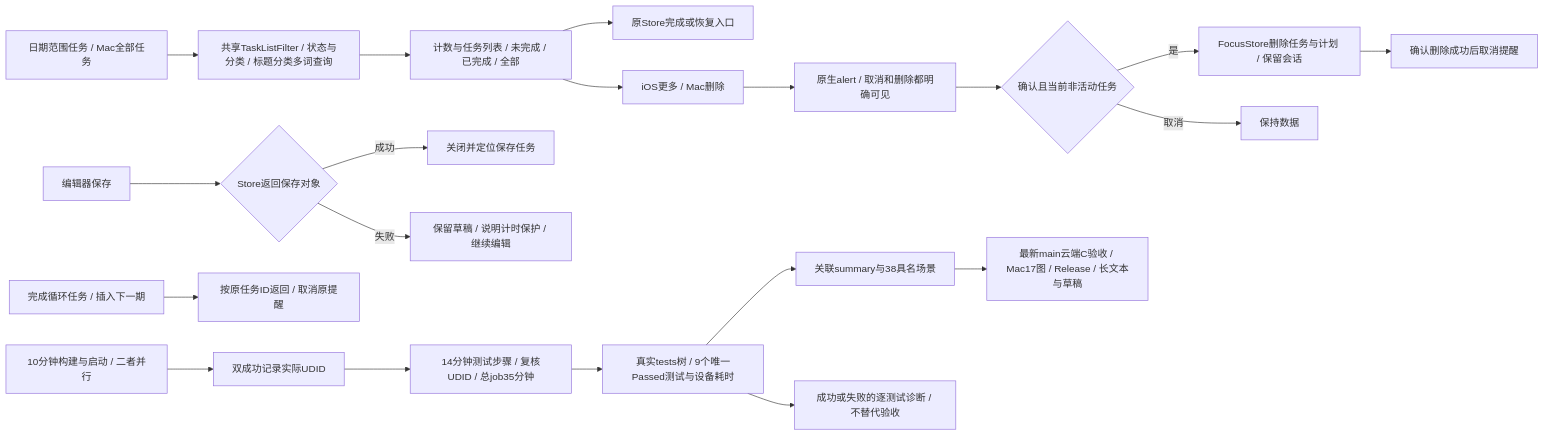
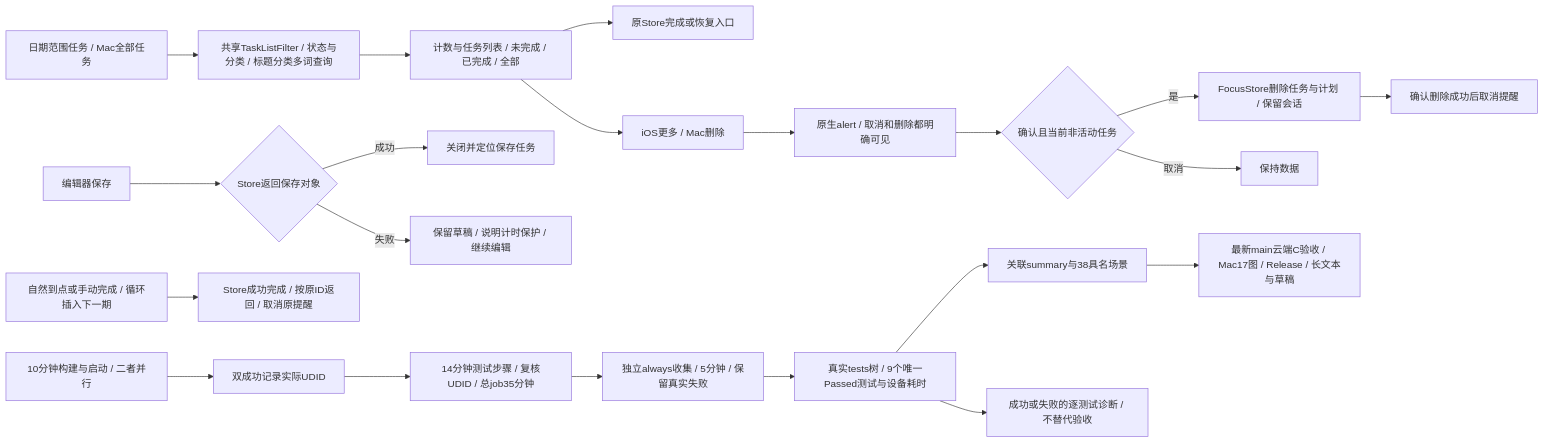
One commit to Altman-sam114/114 changed the first of 14 diagrams in md/flow/flowchart.md. Above: the diagram before and after it, drawn with Mermaid. The commit also changed 14 other files, not shown here.

````diff
--- a/md/flow/flowchart.md
+++ b/md/flow/flowchart.md
@@ -5,22 +5,23 @@
 ```mermaid
 flowchart LR
   BASE[日期范围任务 / Mac全部任务] --> FILTER[共享TaskListFilter / 状态与分类 / 标题分类多词查询]
   FILTER --> VIEW[计数与任务列表 / 未完成 / 已完成 / 全部]
   VIEW --> RESTORE[原Store完成或恢复入口]
   VIEW --> MORE[iOS更多 / Mac删除]
   MORE --> ALERT[原生alert / 取消和删除都明确可见]
   ALERT --> CONFIRM{确认且当前非活动任务}
   CONFIRM -->|是| DELETE[FocusStore删除任务与计划 / 保留会话]
   DELETE --> REMINDER[确认删除成功后取消提醒]
   CONFIRM -->|取消| KEEP[保持数据]
   EDIT[编辑器保存] --> SAVED{Store返回保存对象}
   SAVED -->|成功| LOCATE[关闭并定位保存任务]
   SAVED -->|失败| DRAFT[保留草稿 / 说明计时保护 / 继续编辑]
-  REPEAT[完成循环任务 / 插入下一期] --> ID[按原任务ID返回 / 取消原提醒]
+  REPEAT[自然到点或手动完成 / 循环插入下一期] --> ID[Store成功完成 / 按原ID返回 / 取消原提醒]
   TREE[真实tests树 / 9个唯一Passed测试与设备耗时] --> EVIDENCE[关联summary与38具名场景]
   EVIDENCE --> C[最新main云端C验收 / Mac17图 / Release / 长文本与草稿]
   TREE --> DIAG[成功或失败的逐测试诊断 / 不替代验收]
   BUILD[10分钟构建与启动 / 二者并行] --> READY[双成功记录实际UDID]
   READY --> RUN[14分钟测试步骤 / 复核UDID / 总job35分钟]
-  RUN --> TREE
+  RUN --> COLLECT[独立always收集 / 5分钟 / 保留真实失败]
+  COLLECT --> TREE
 ```
````
